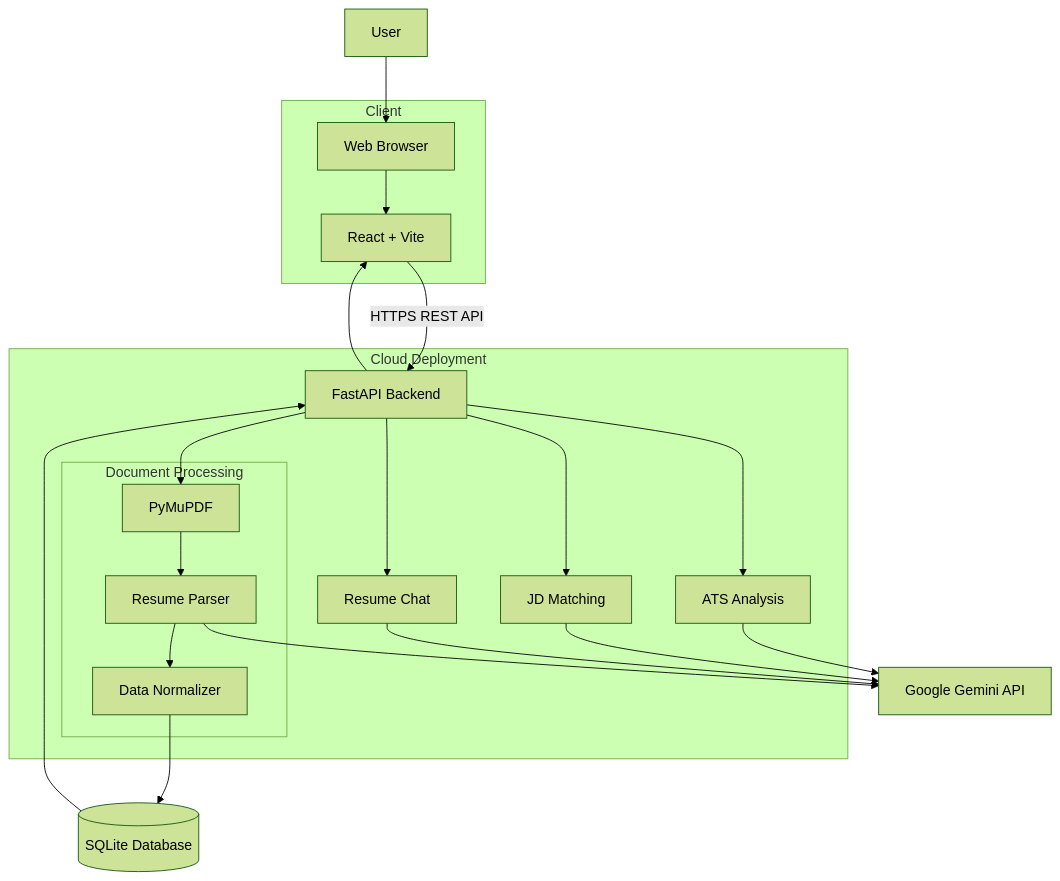
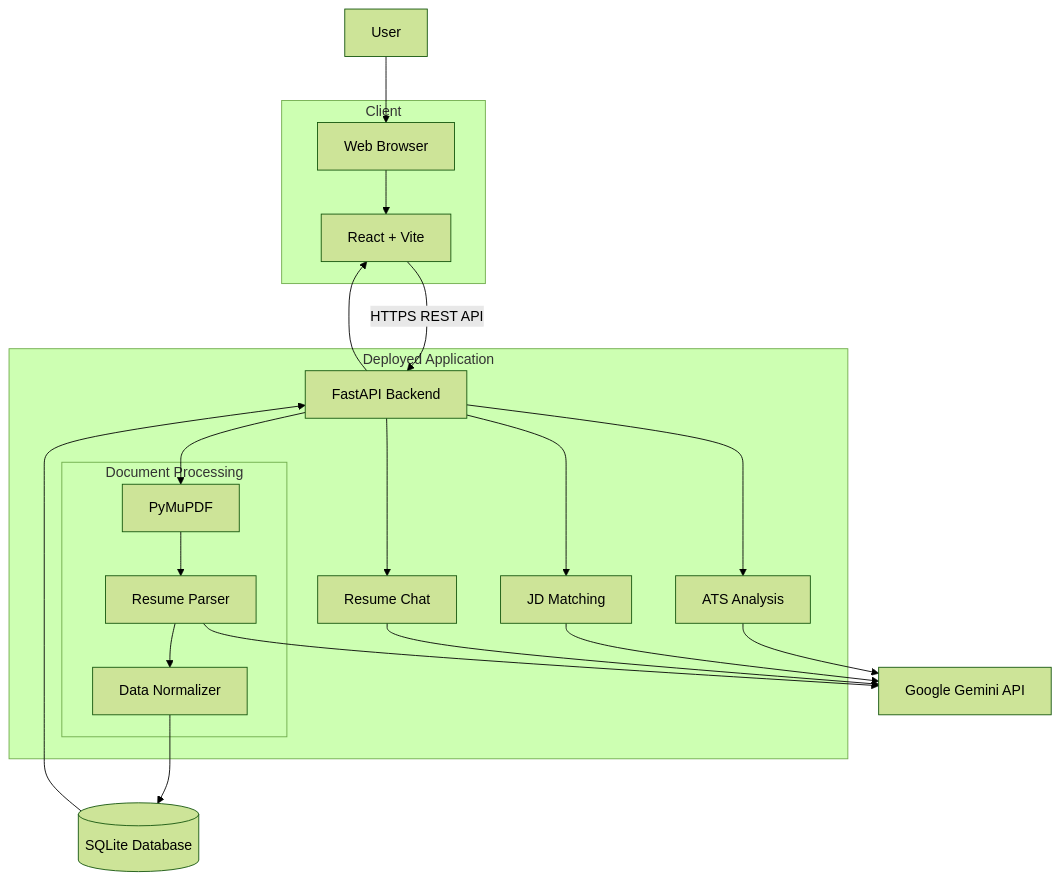
One commit to pavxxx/IntelliParse-AI changed the second of 4 diagrams in README.md. Above: the diagram before and after it, drawn with Mermaid (forest theme). The commit also changed other lines of this file, not shown here.

````diff
--- a/README.md
+++ b/README.md
@@ -143,49 +217,51 @@
 ```mermaid
 flowchart TB
 
     USER["User"]
 
     subgraph CLIENT["Client"]
         BROWSER["Web Browser"]
         FRONTEND["React + Vite"]
     end
 
-    subgraph CLOUD["Cloud Deployment"]
+    subgraph CLOUD["Deployed Application"]
         BACKEND["FastAPI Backend"]
 
         subgraph PROCESSING["Document Processing"]
             PDF["PyMuPDF"]
             PARSER["Resume Parser"]
             NORMALIZER["Data Normalizer"]
         end
 
         ATS["ATS Analysis"]
         JDM["JD Matching"]
         CHAT["Resume Chat"]
     end
 
     GEMINI["Google Gemini API"]
+
     DATABASE[("SQLite Database")]
 
     USER --> BROWSER
     BROWSER --> FRONTEND
-    FRONTEND -->|HTTPS REST API| BACKEND
+
+    FRONTEND -->|"HTTPS REST API"| BACKEND
 
     BACKEND --> PDF
     PDF --> PARSER
     PARSER --> NORMALIZER
 
     NORMALIZER --> DATABASE
 
     BACKEND --> ATS
     BACKEND --> JDM
     BACKEND --> CHAT
 
     PARSER --> GEMINI
     ATS --> GEMINI
     JDM --> GEMINI
     CHAT --> GEMINI
 
     DATABASE --> BACKEND
     BACKEND --> FRONTEND
 ```
````
